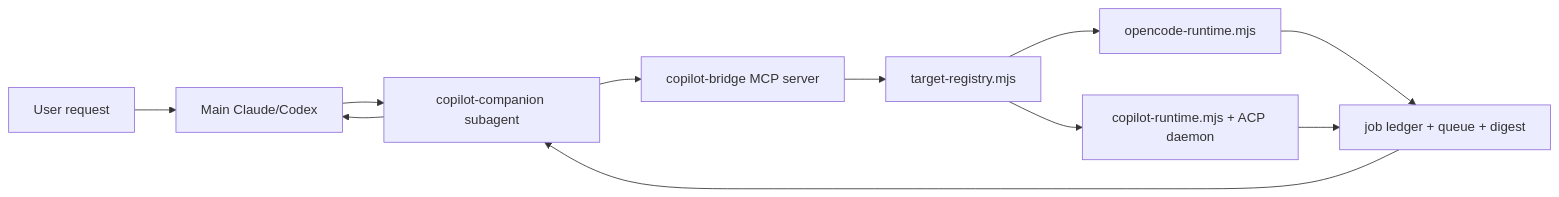
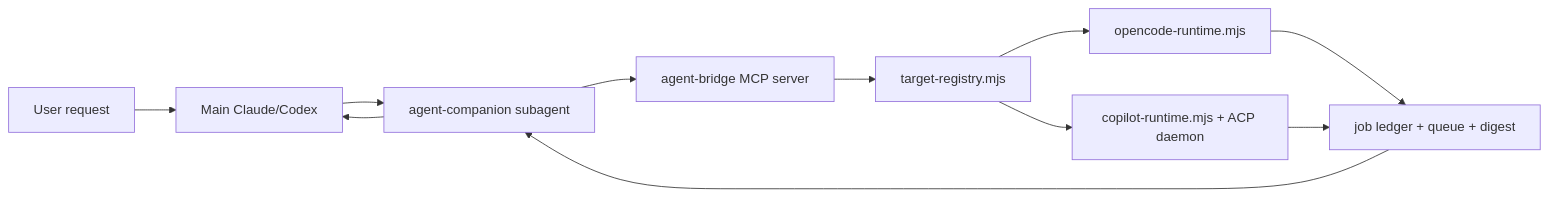
The diagram in docs/ARCHITECTURE.md (thangaram611/agent-companion), drawn with Mermaid before and after one commit. The commit also changed other lines of this file and 60 other files, not shown here.

First line of the commit message:
Rename to agent-companion and add first-class target onboarding

````diff
--- a/docs/ARCHITECTURE.md
+++ b/docs/ARCHITECTURE.md
@@ -15,13 +15,13 @@
 ```mermaid
 flowchart LR
   User["User request"] --> Main["Main Claude/Codex"]
-  Main --> Subagent["copilot-companion subagent"]
-  Subagent --> MCP["copilot-bridge MCP server"]
+  Main --> Subagent["agent-companion subagent"]
+  Subagent --> MCP["agent-bridge MCP server"]
   MCP --> Registry["target-registry.mjs"]
   Registry --> OpenCode["opencode-runtime.mjs"]
   Registry --> Copilot["copilot-runtime.mjs + ACP daemon"]
   OpenCode --> Job["job ledger + queue + digest"]
   Copilot --> Job
   Job --> Subagent
   Subagent --> Main
 ```
````
